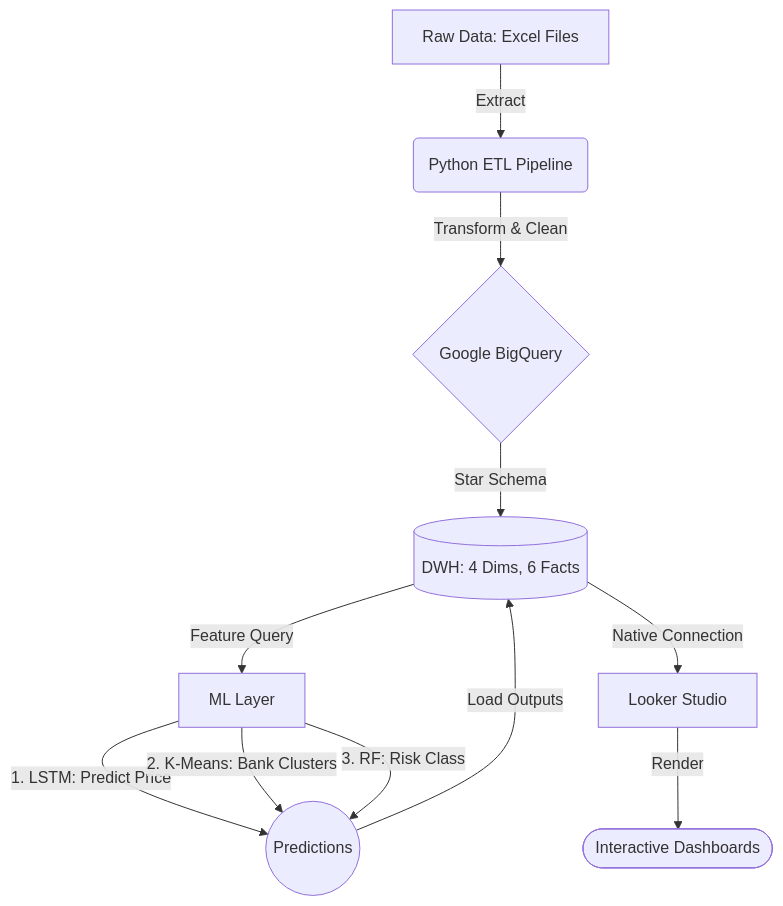
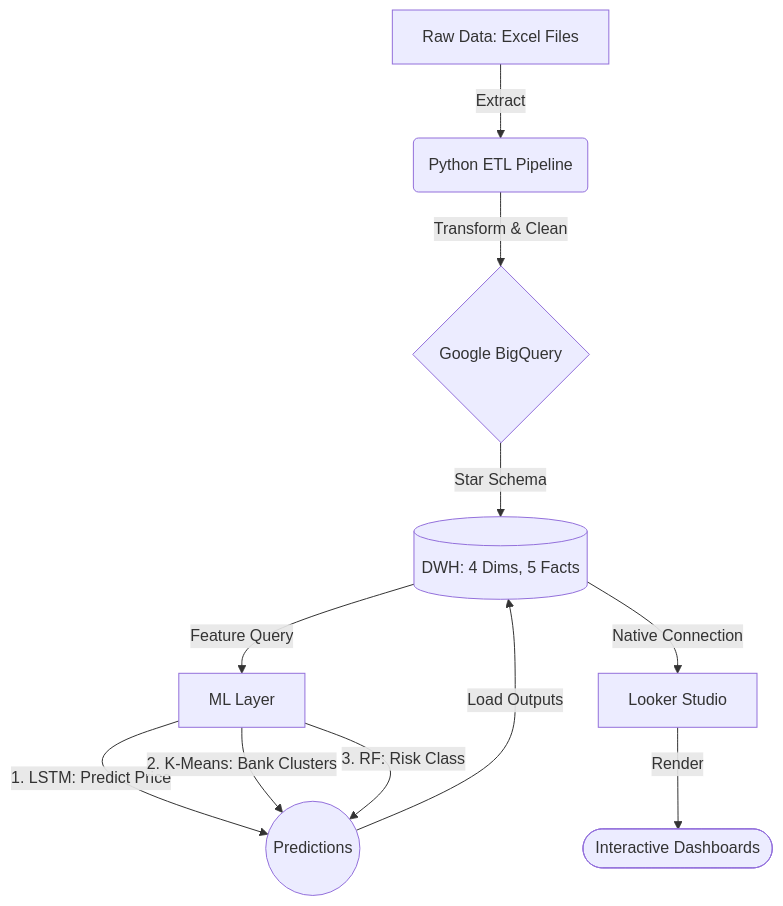
One commit to darktheDE/vn-banking-dwh-analytics changed the diagram in docs/system-arch.md. Above: the diagram before and after it, drawn with Mermaid. The commit also changed other lines of this file and 10 other files, not shown here.

Commit message:
docs: establish project architecture and documentation standards including system design, ETL specifications, and task tracking.

````diff
--- a/docs/system-arch.md
+++ b/docs/system-arch.md
@@ -74,17 +74,17 @@
 ```mermaid
 graph TD
     A[Raw Data: Excel Files] -->|Extract| B(Python ETL Pipeline)
     B -->|Transform & Clean| C{Google BigQuery}
 
-    C -->|Star Schema| D[(DWH: 4 Dims, 6 Facts)]
+    C -->|Star Schema| D[(DWH: 4 Dims, 5 Facts)]
 
     D -->|Feature Query| E[ML Layer]
     E -->|1. LSTM: Predict Price| E1((Predictions))
     E -->|2. K-Means: Bank Clusters| E1
     E -->|3. RF: Risk Class| E1
 
     E1 -->|Load Outputs| D
 
     D -->|Native Connection| F[Looker Studio]
     F -->|Render| G([Interactive Dashboards])
 ```
````
